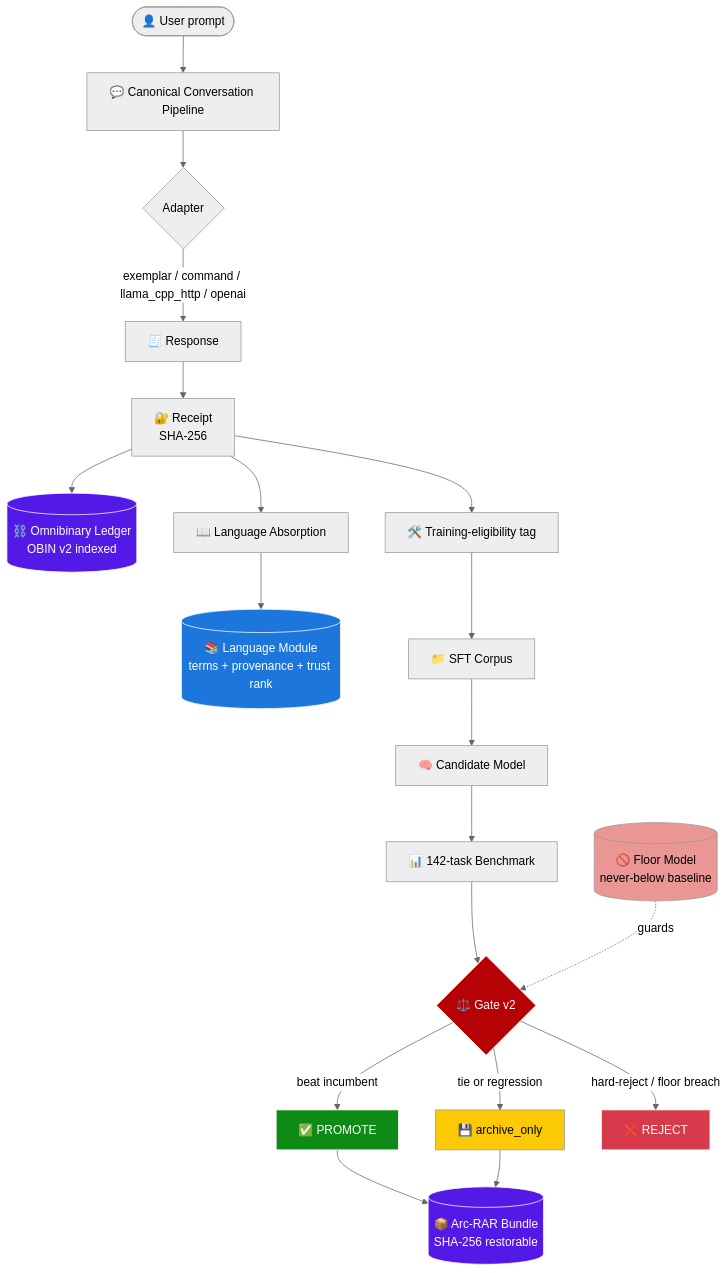
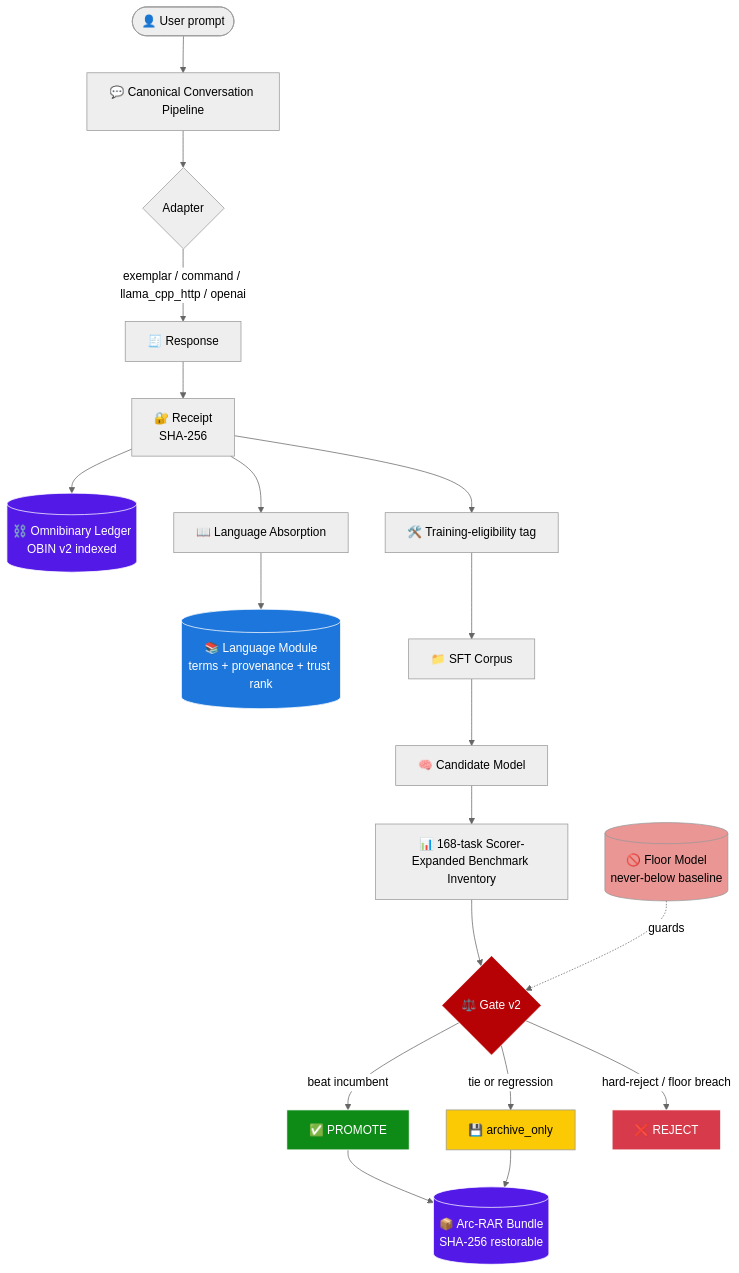
Before and after one commit to GareBear99/ARC-Neuron-LLMBuilder: the third of 6 diagrams in README.md, drawn with Mermaid (neutral theme). The commit also changed other lines of this file and 8 other files, not shown here.

````diff
--- a/README.md
+++ b/README.md
@@ -429,30 +441,30 @@
 ```mermaid
 flowchart TD
     U([👤 User prompt]) --> P[💬 Canonical Conversation Pipeline]
     P --> A{Adapter}
     A -->|exemplar / command / llama_cpp_http / openai| R[🧾 Response]
     R --> Rec[🔐 Receipt<br/>SHA-256]
     Rec --> OB[(⛓️ Omnibinary Ledger<br/>OBIN v2 indexed)]
     Rec --> LA[📖 Language Absorption]
     LA --> LM[(📚 Language Module<br/>terms + provenance + trust rank)]
     Rec --> Train[🛠️ Training-eligibility tag]
     Train --> Corpus[📁 SFT Corpus]
     Corpus --> Cand[🧠 Candidate Model]
-    Cand --> Bench[📊 142-task Benchmark]
+    Cand --> Bench[📊 168-task Scorer-Expanded Benchmark Inventory]
     Bench --> Gate{⚖️ Gate v2}
     Gate -->|beat incumbent| Promote[✅ PROMOTE]
     Gate -->|tie or regression| Archive[💾 archive_only]
     Gate -->|hard-reject / floor breach| Reject[❌ REJECT]
     Promote --> Bundle[(📦 Arc-RAR Bundle<br/>SHA-256 restorable)]
     Archive --> Bundle
     Floor[(🚫 Floor Model<br/>never-below baseline)] -.guards.-> Gate
 
     style Gate fill:#b60205,stroke:#fff,color:#fff
     style Promote fill:#0e8a16,stroke:#fff,color:#fff
     style Reject fill:#d73a4a,stroke:#fff,color:#fff
     style Archive fill:#fbca04,color:#000
     style OB fill:#5319e7,stroke:#fff,color:#fff
     style LM fill:#1d76db,stroke:#fff,color:#fff
     style Bundle fill:#5319e7,stroke:#fff,color:#fff
     style Floor fill:#e99695,color:#000
 ```
````
